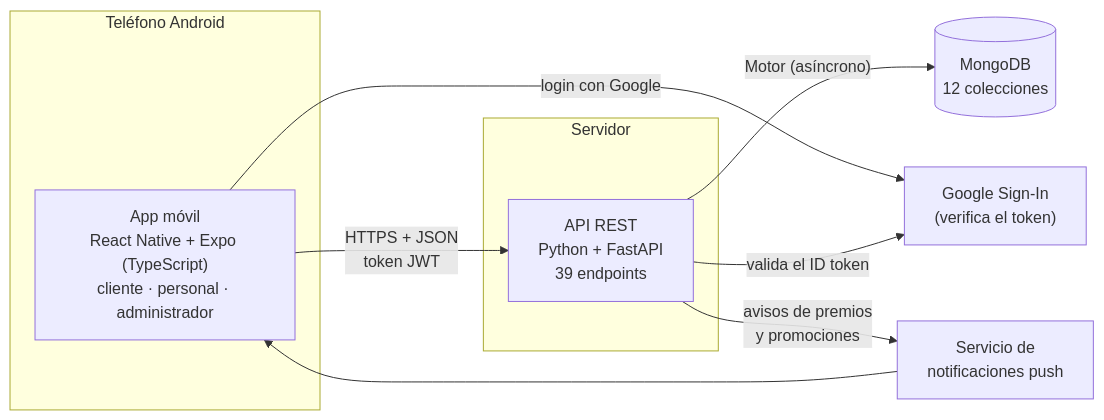
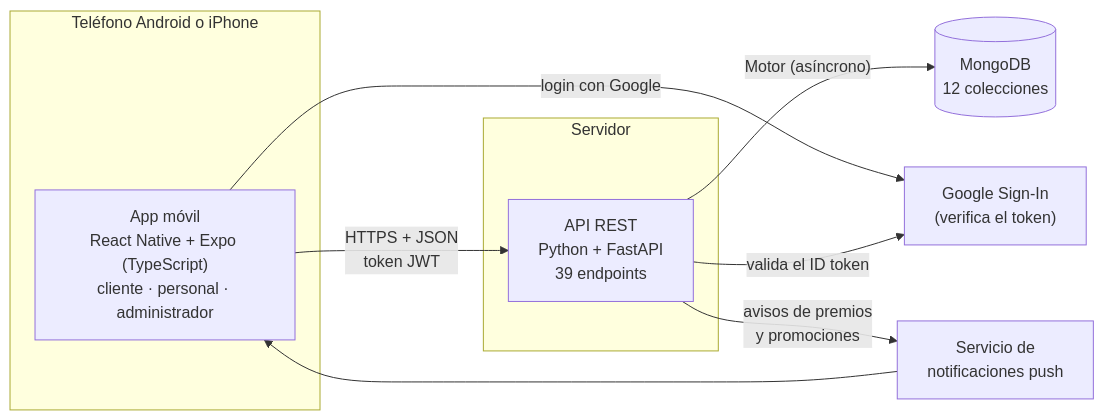
Before and after one commit to 44ndy/clancys-rewards: the first of 2 diagrams in Fase 2/Evidencias de documentación/Arquitectura.md, drawn with Mermaid. The commit also changed other lines of this file and 5 other files, not shown here.

````diff
--- a/Fase 2/Evidencias de documentación/Arquitectura.md
+++ b/Fase 2/Evidencias de documentación/Arquitectura.md
@@ -5,19 +5,19 @@
 ```mermaid
 flowchart LR
-    subgraph Telefono["Teléfono Android"]
+    subgraph Telefono["Teléfono Android o iPhone"]
         APP["App móvil<br/>React Native + Expo (TypeScript)<br/>cliente · personal · administrador"]
     end
     subgraph Servidor["Servidor"]
         API["API REST<br/>Python + FastAPI<br/>39 endpoints"]
     end
     DB[("MongoDB<br/>12 colecciones")]
     GOOGLE["Google Sign-In<br/>(verifica el token)"]
     PUSH["Servicio de<br/>notificaciones push"]
 
     APP -- "HTTPS + JSON<br/>token JWT" --> API
     API -- "Motor (asíncrono)" --> DB
     APP -- "login con Google" --> GOOGLE
     API -- "valida el ID token" --> GOOGLE
     API -- "avisos de premios<br/>y promociones" --> PUSH
     PUSH --> APP
 ```
````
